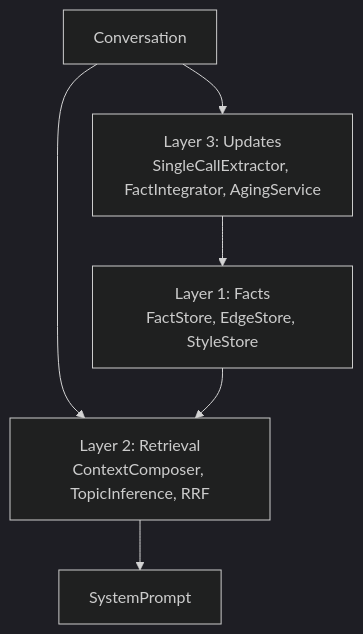
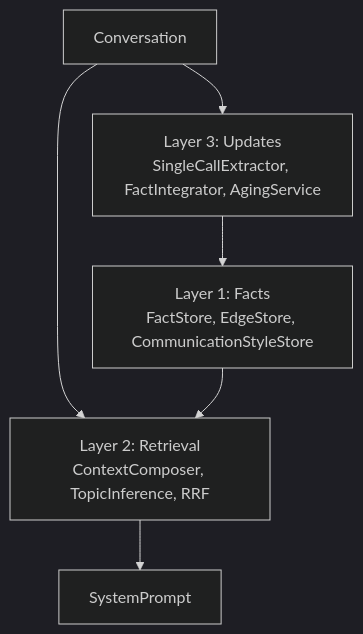
The first of 3 diagrams in docs/concepts/memory-system.md (ivseb/vault-operator), drawn with Mermaid (dark theme) before and after one commit. The commit also changed 47 other files, not shown here.

````diff
--- a/docs/concepts/memory-system.md
+++ b/docs/concepts/memory-system.md
@@ -26,12 +26,12 @@
 ```mermaid
 flowchart TD
-    L1["Layer 1: Facts<br/>FactStore, EdgeStore, StyleStore"]
+    L1["Layer 1: Facts<br/>FactStore, EdgeStore, CommunicationStyleStore"]
     L2["Layer 2: Retrieval<br/>ContextComposer, TopicInference, RRF"]
     L3["Layer 3: Updates<br/>SingleCallExtractor, FactIntegrator, AgingService"]
 
     Conversation --> L2
     L2 --> SystemPrompt
     Conversation --> L3
     L3 --> L1
     L1 --> L2
 ```
````
